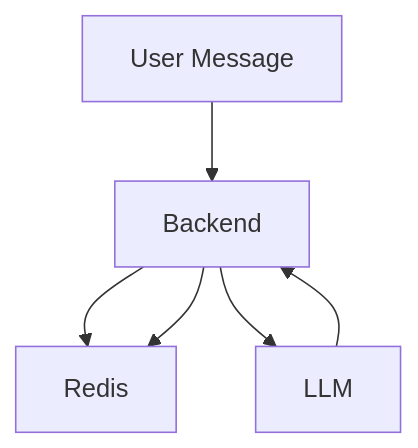
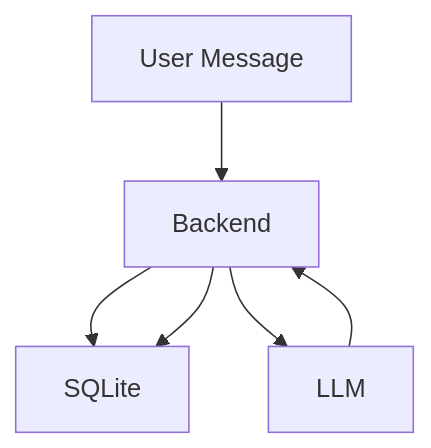
Before and after one commit to maixnor/languagebuddy: the diagram in docs/context_system_interaction.md, drawn with Mermaid. The commit also changed other lines of this file and 12 other files, not shown here.

````diff
--- a/docs/context_system_interaction.md
+++ b/docs/context_system_interaction.md
@@ -18,13 +18,13 @@
 ```mermaid
 flowchart TD
     UserMsg[User Message]
     Backend
-    Redis
+    SQLite
     LLM
 
     UserMsg --> Backend
-    Backend --> Redis
+    Backend --> SQLite
     Backend --> LLM
     LLM --> Backend
-    Backend --> Redis
+    Backend --> SQLite
 ```
````
